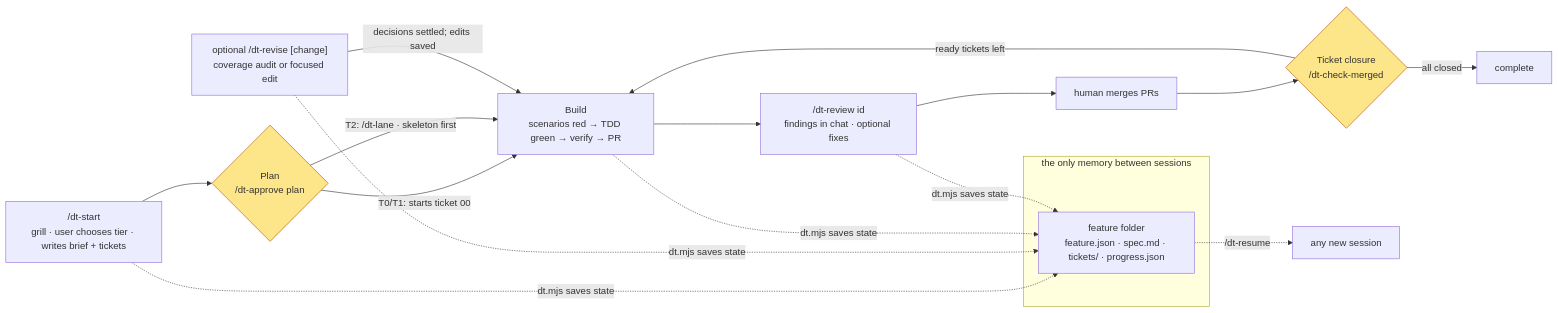
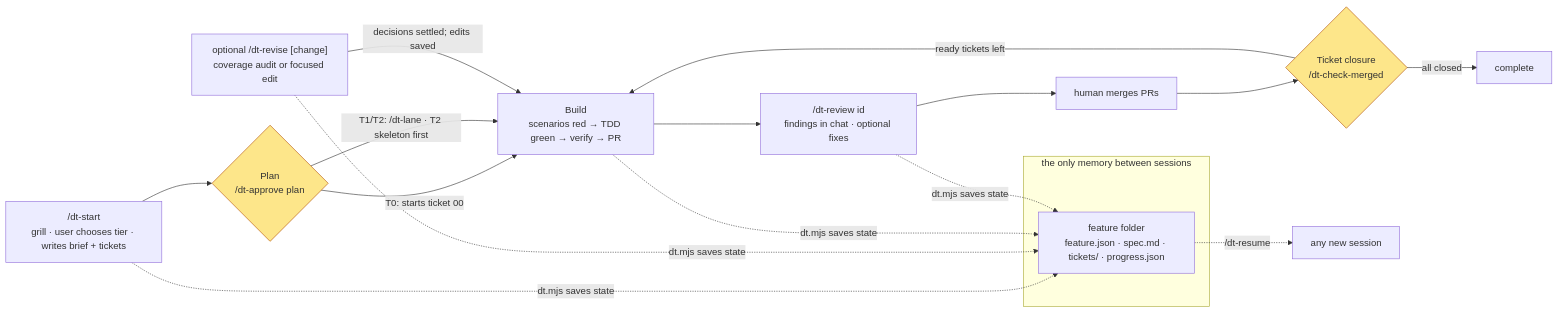
The diagram in workflow.md (standuprey/dev-turbo), drawn with Mermaid before and after one commit. The commit also changed other lines of this file and 36 other files, not shown here.

````diff
--- a/workflow.md
+++ b/workflow.md
@@ -3,19 +5,19 @@
 ```mermaid
 flowchart LR
   G["/dt-start<br/>grill · user chooses tier · writes brief + tickets"] --> P{"Plan<br/>/dt-approve plan"}
-  P -->|"T0/T1: starts ticket 00"| L["Build<br/>scenarios red → TDD green → verify → PR"]
-  P -->|"T2: /dt-lane · skeleton first"| L
+  P -->|"T0: starts ticket 00"| L["Build<br/>scenarios red → TDD green → verify → PR"]
+  P -->|"T1/T2: /dt-lane · T2 skeleton first"| L
   L --> R["/dt-review id<br/>findings in chat · optional fixes"]
   R --> M["human merges PRs"]
   M --> C{"Ticket closure<br/>/dt-check-merged"}
   C -->|"ready tickets left"| L
   C -->|"all closed"| Done["complete"]
   V["optional /dt-revise [change]<br/>coverage audit or focused edit"] -->|"decisions settled; edits saved"| L
   subgraph memory["the only memory between sessions"]
     O["feature folder<br/>feature.json · spec.md · tickets/ · progress.json"]
   end
   G & V & L & R -.->|"dt.mjs saves state"| O
   O -.->|"/dt-resume"| X["any new session"]
   classDef gate fill:#fde68a,stroke:#b45309
   class P,C gate
 ```
````
